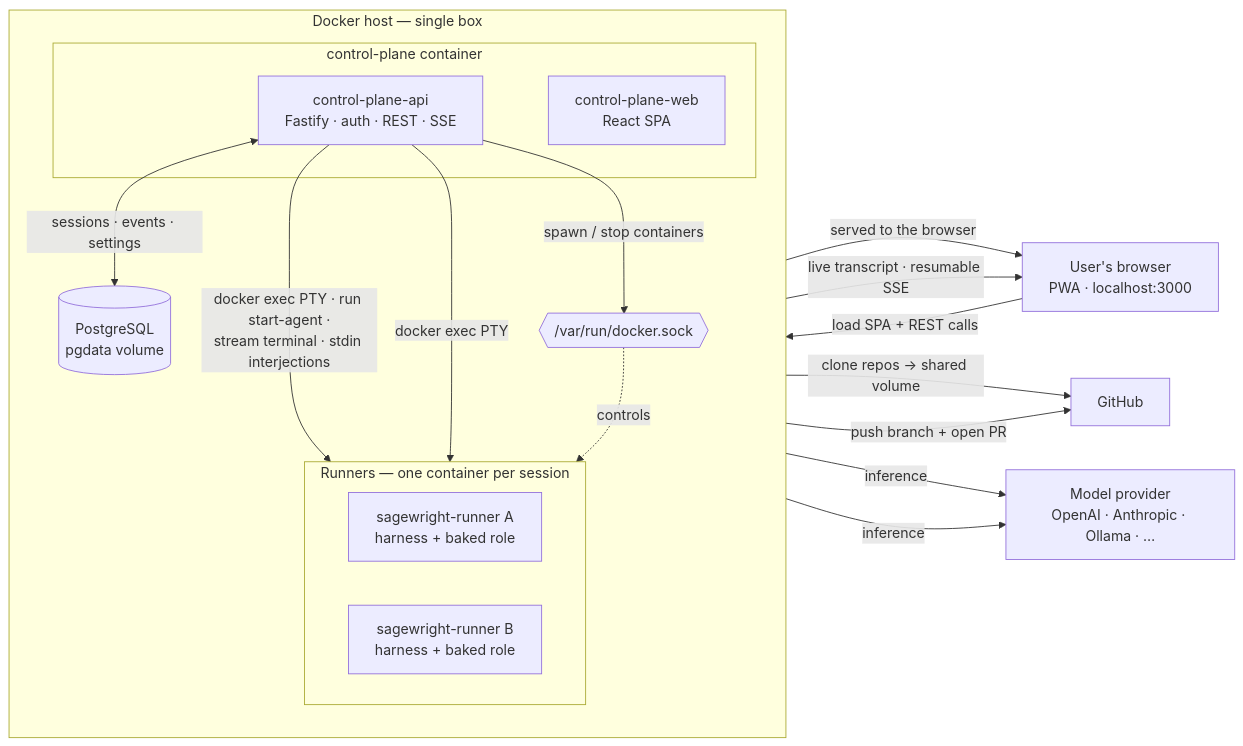
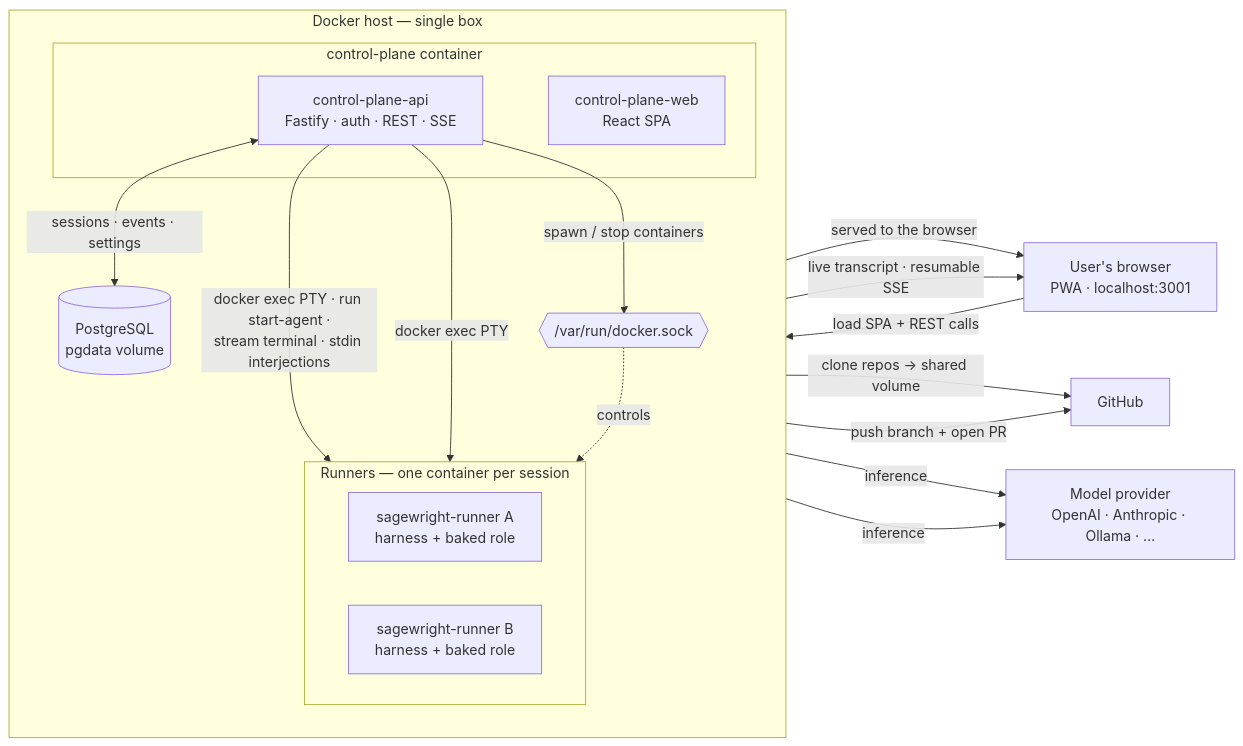
Before and after one commit to posterus-ltd/sagewright: the first of 4 diagrams in README.md, drawn with Mermaid. The commit also changed other lines of this file and 12 other files, not shown here.

````diff
--- a/README.md
+++ b/README.md
@@ -76,35 +76,35 @@
 ```mermaid
 flowchart LR
-    user["User's browser<br/>PWA · localhost:3000"]
+    user["User's browser<br/>PWA · localhost:3001"]
 
     subgraph host["Docker host — single box"]
         direction TB
         subgraph cp["control-plane container"]
             web["control-plane-web<br/>React SPA"]
             api["control-plane-api<br/>Fastify · auth · REST · SSE"]
         end
         pg[("PostgreSQL<br/>pgdata volume")]
         sock{{"/var/run/docker.sock"}}
         subgraph pool["Runners — one container per session"]
             direction LR
             rA["sagewright-runner A<br/>harness + baked role"]
             rB["sagewright-runner B<br/>harness + baked role"]
         end
     end
 
     gh["GitHub"]
     model["Model provider<br/>OpenAI · Anthropic · Ollama · …"]
 
     user -->|"load SPA + REST calls"| api
     web -->|"served to the browser"| user
     api -->|"live transcript · resumable SSE"| user
     api <-->|"sessions · events · settings"| pg
     api -->|"spawn / stop containers"| sock
     sock -.->|"controls"| pool
     api -->|"docker exec PTY · run start-agent ·<br/>stream terminal · stdin interjections"| rA
     api -->|"docker exec PTY"| rB
     api -->|"clone repos → shared volume"| gh
     rA -->|"push branch + open PR"| gh
     rA -->|"inference"| model
     rB -->|"inference"| model
 ```
````
